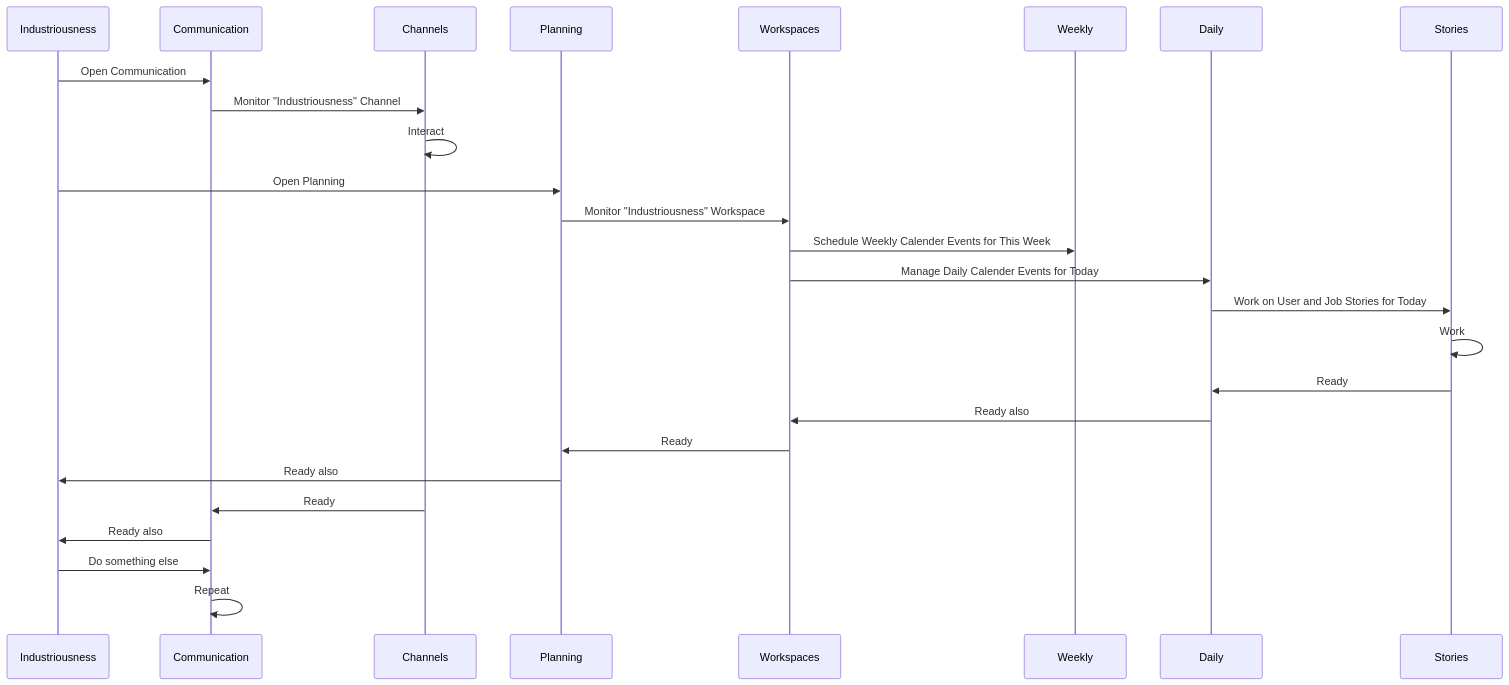
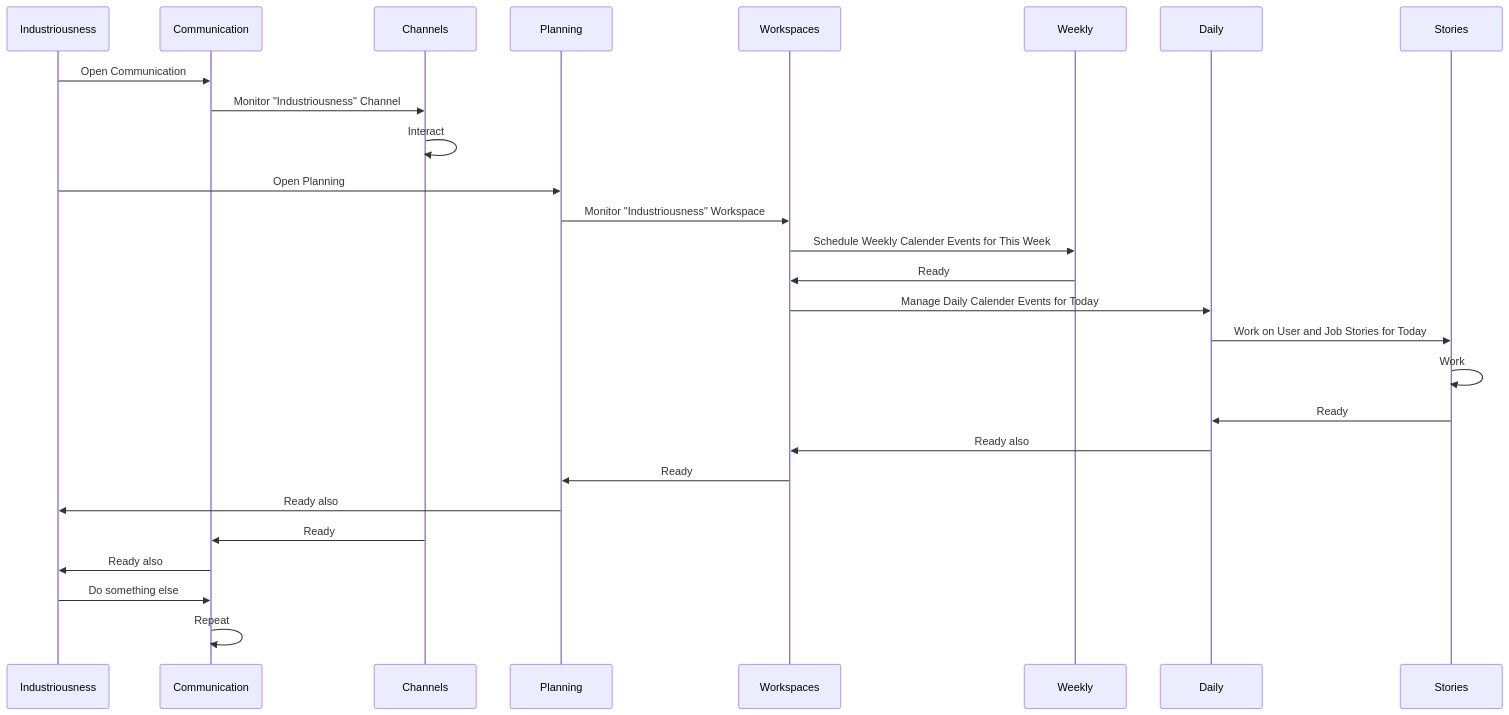
One commit to vanHeemstraSystems/industriousness changed the second of 2 diagrams in 300/README.md. Above: the diagram before and after it, drawn with Mermaid.

````diff
--- a/300/README.md
+++ b/300/README.md
@@ -21,27 +21,28 @@
 ```mermaid
 sequenceDiagram
     participant Industriousness
     participant Communication
     participant Channels
     participant Planning
     participant Workspaces
     participant Weekly
     participant Daily
     Industriousness->>Communication: Open Communication
     Communication->>Channels: Monitor "Industriousness" Channel
     Channels->>Channels: Interact
     Industriousness->>Planning: Open Planning
     Planning->>Workspaces: Monitor "Industriousness" Workspace
     Workspaces->>Weekly: Schedule Weekly Calender Events for This Week
+    Weekly->>Workspaces: Ready
     Workspaces->>Daily: Manage Daily Calender Events for Today
     Daily->>Stories: Work on User and Job Stories for Today
     Stories->>Stories: Work
     Stories->>Daily: Ready
     Daily->>Workspaces: Ready also
     Workspaces->>Planning: Ready
     Planning->>Industriousness: Ready also
     Channels->>Communication: Ready
     Communication->>Industriousness: Ready also
     Industriousness->>Communication: Do something else
     Communication->>Communication: Repeat
 ```
````
